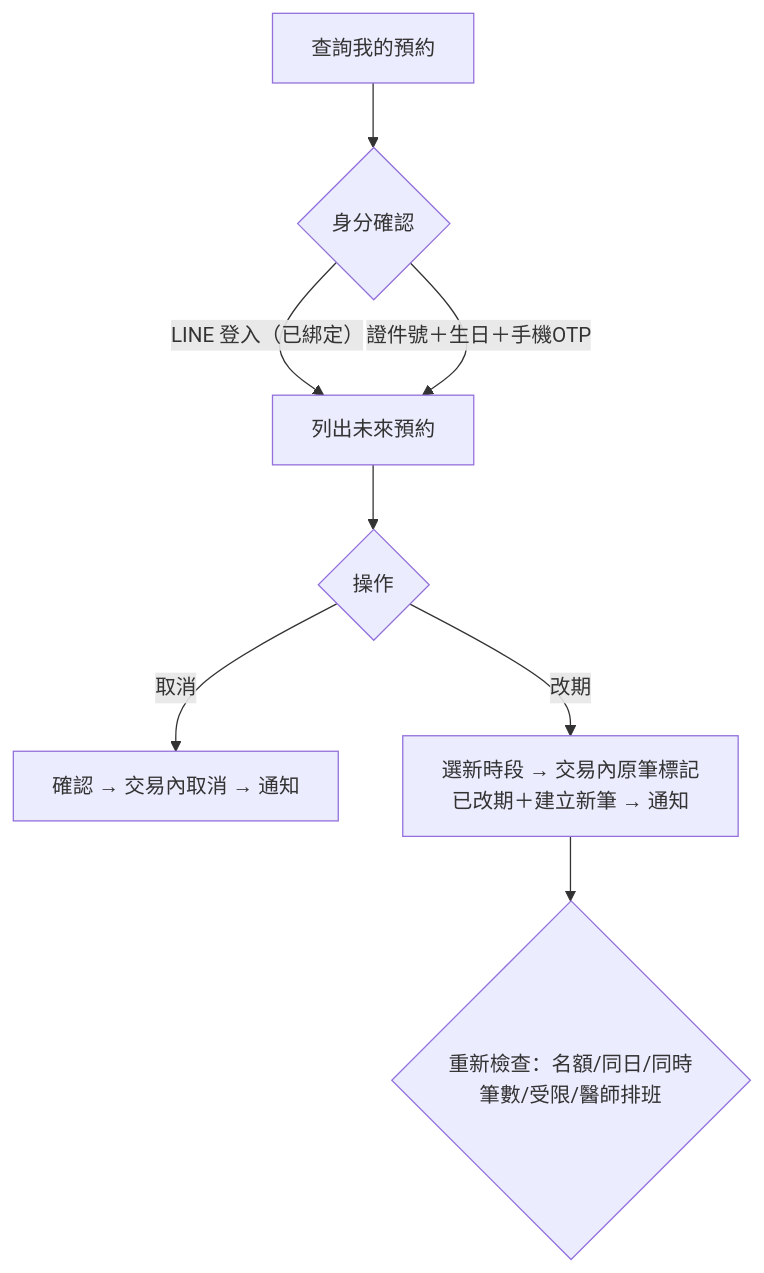
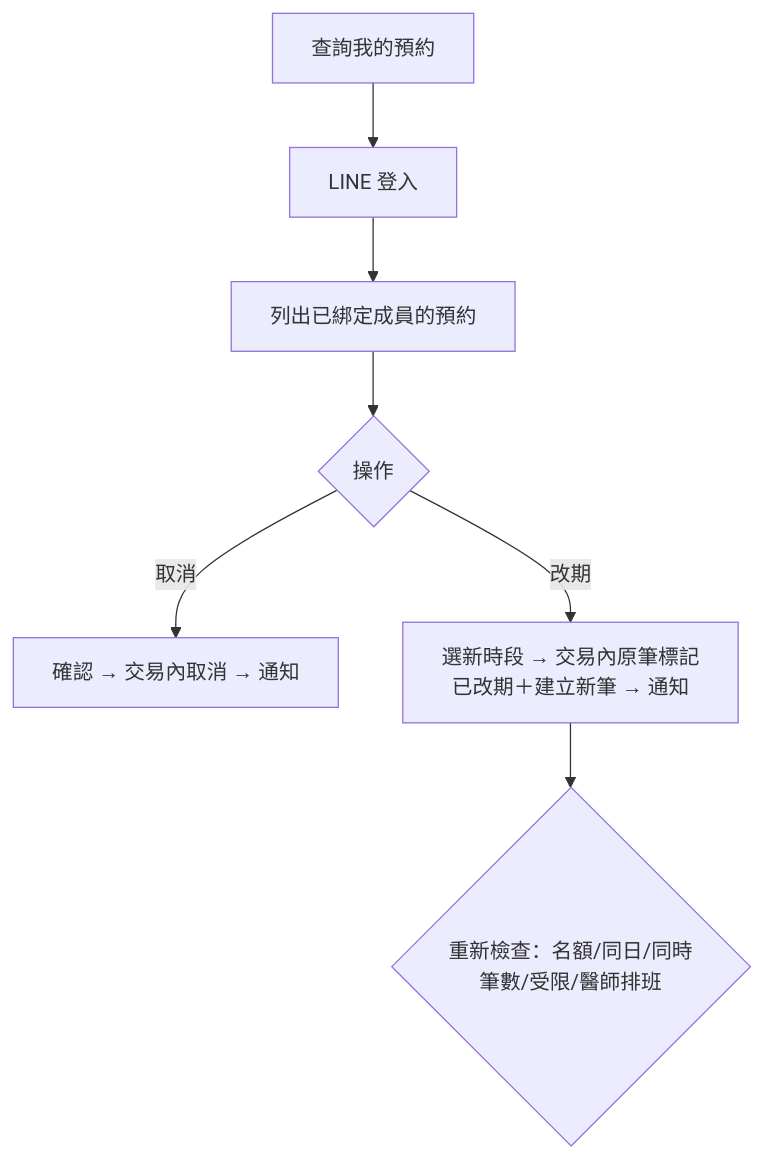
One commit to lubitsai/lihsin-clinic changed the second of 4 diagrams in booking-system/docs/02-使用流程.md. Above: the diagram before and after it, drawn with Mermaid. The commit also changed other lines of this file and 44 other files, not shown here.

````diff
--- a/booking-system/docs/02-使用流程.md
+++ b/booking-system/docs/02-使用流程.md
@@ -30,10 +33,9 @@
 ```mermaid
 flowchart TD
-    A[查詢我的預約] --> B{身分確認}
-    B -->|LINE 登入（已綁定）| C[列出未來預約]
-    B -->|證件號＋生日＋手機OTP| C
+    A[查詢我的預約] --> B[LINE 登入]
+    B --> C[列出已綁定成員的預約]
     C --> D{操作}
     D -->|取消| E[確認 → 交易內取消 → 通知]
     D -->|改期| F[選新時段 → 交易內原筆標記已改期＋建立新筆 → 通知]
     F --> G{重新檢查：名額/同日/同時筆數/受限/醫師排班}
 ```
````
